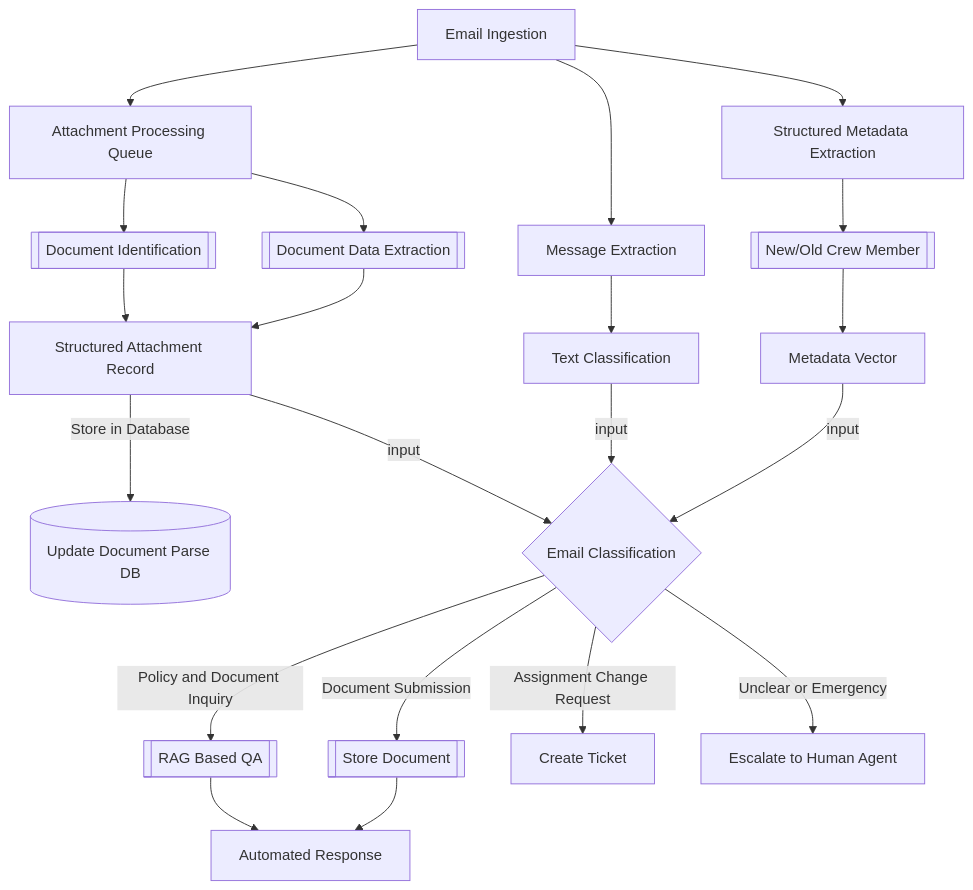
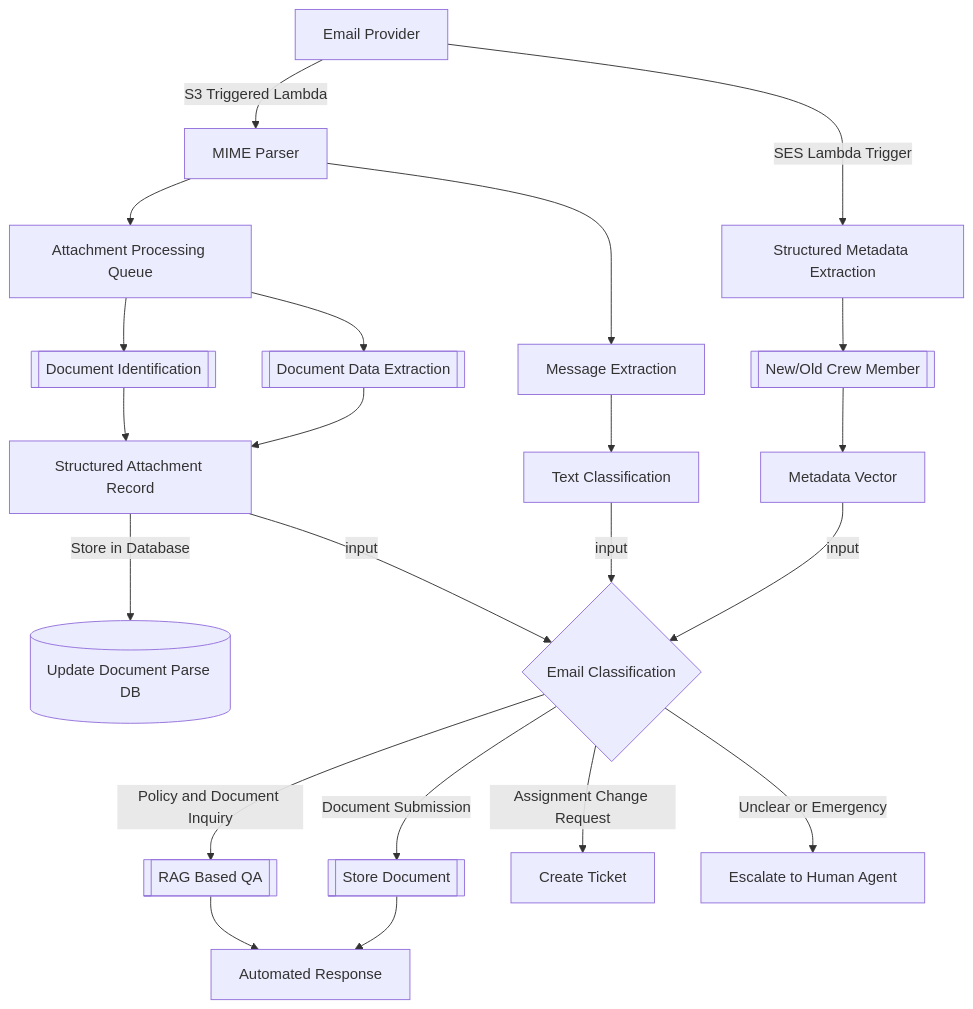
The first of 2 diagrams in email_ingestion.md (risan-raja/bedrock), drawn with Mermaid before and after one commit. The commit also changed other lines of this file and 1 other file, not shown here.

````diff
--- a/email_ingestion.md
+++ b/email_ingestion.md
@@ -43,24 +47,25 @@
 ```mermaid
 flowchart TD
-    A[Email Ingestion] --> B[Structured Metadata Extraction]
+    AA[ Email Provider] --> |S3 Triggered Lambda| A[MIME Parser]
+    AA --> |SES Lambda Trigger|B[Structured Metadata Extraction]
     A --> C[Attachment Processing Queue]
     A --> M[Message Extraction]
     B --> L[[New/Old Crew Member]]
     L --> N[Metadata Vector]
     C --> D[[Document Identification]]
     C --> Q[[Document Data Extraction]]
     D --> R[Structured Attachment Record]
     Q --> R[Structured Attachment Record]
     R --> |Store in Database|AB[(Update Document Parse DB)]
     M --> E[Text Classification]
     R --> |input| F{Email Classification}
     E --> |input| F{Email Classification}
     N --> |input| F{Email Classification}
     F -->|Policy and Document Inquiry| H[[RAG Based QA]]
     F -->|Document Submission| J[[Store Document]]
     F -->|Assignment Change Request| I[Create Ticket]
     F -->|Unclear or Emergency| K[Escalate to Human Agent]
     H --> P[Automated Response]
     J --> P
 
 ```
````
